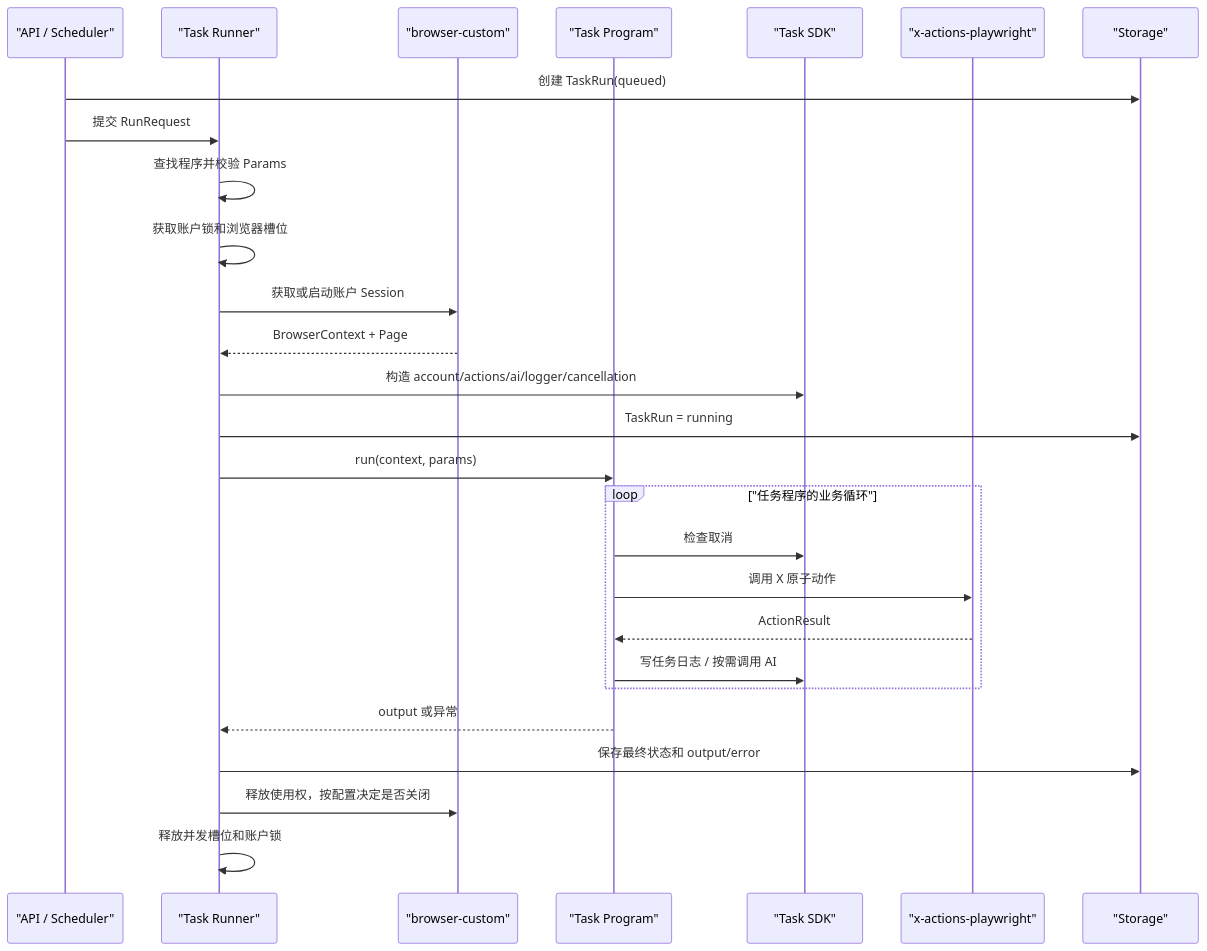
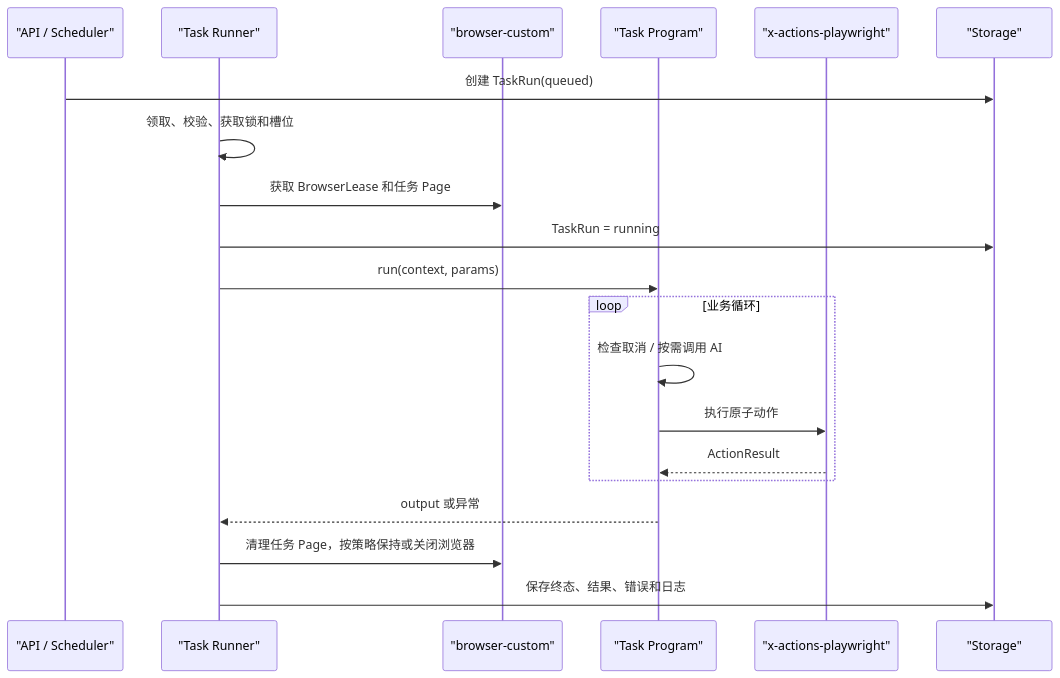
The second of 2 diagrams in docs/script-task-system-architecture.md (xy459/auto-x), drawn with Mermaid before and after one commit. The commit also changed other lines of this file and 96 other files, not shown here.

````diff
--- a/docs/script-task-system-architecture.md
+++ b/docs/script-task-system-architecture.md
@@ -587,32 +227,23 @@
 ```mermaid
 sequenceDiagram
     participant API as "API / Scheduler"
     participant Runner as "Task Runner"
     participant Browser as "browser-custom"
     participant Program as "Task Program"
-    participant SDK as "Task SDK"
     participant Actions as "x-actions-playwright"
     participant Store as "Storage"
 
     API->>Store: 创建 TaskRun(queued)
-    API->>Runner: 提交 RunRequest
-    Runner->>Runner: 查找程序并校验 Params
-    Runner->>Runner: 获取账户锁和浏览器槽位
-    Runner->>Browser: 获取或启动账户 Session
-    Browser-->>Runner: BrowserContext + Page
-    Runner->>SDK: 构造 account/actions/ai/logger/cancellation
+    Runner->>Runner: 领取、校验、获取锁和槽位
+    Runner->>Browser: 获取 BrowserLease 和任务 Page
     Runner->>Store: TaskRun = running
     Runner->>Program: run(context, params)
-
-    loop "任务程序的业务循环"
-        Program->>SDK: 检查取消
-        Program->>Actions: 调用 X 原子动作
+    loop 业务循环
+        Program->>Program: 检查取消 / 按需调用 AI
+        Program->>Actions: 执行原子动作
         Actions-->>Program: ActionResult
-        Program->>SDK: 写任务日志 / 按需调用 AI
     end
-
     Program-->>Runner: output 或异常
-    Runner->>Store: 保存最终状态和 output/error
-    Runner->>Browser: 释放使用权，按配置决定是否关闭
-    Runner->>Runner: 释放并发槽位和账户锁
+    Runner->>Browser: 清理任务 Page，按策略保持或关闭浏览器
+    Runner->>Store: 保存终态、结果、错误和日志
 ```
````
